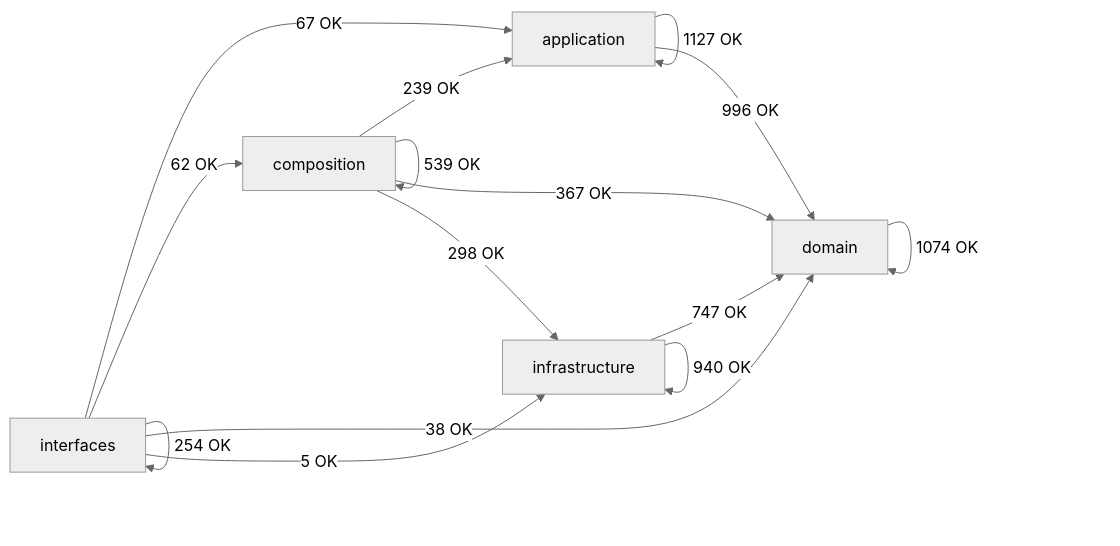
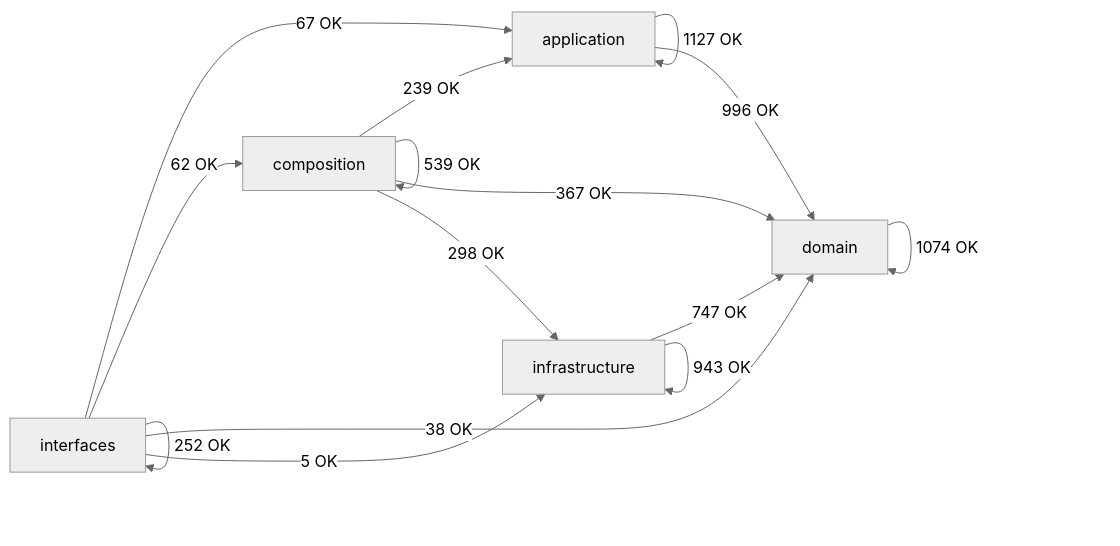
One commit to SatoryKono/BioactivityDataAcquisition changed the diagram in docs/02-architecture/generated/module-dependency-map.md. Above: the diagram before and after it, drawn with Mermaid (neutral theme). The commit also changed other lines of this file and 38 other files, not shown here.

````diff
--- a/docs/02-architecture/generated/module-dependency-map.md
+++ b/docs/02-architecture/generated/module-dependency-map.md
@@ -17,22 +17,22 @@
 ```mermaid
 flowchart LR
     domain[domain]
     application[application]
     infrastructure[infrastructure]
     composition[composition]
     interfaces[interfaces]
     application -->|1127 OK| application
     application -->|996 OK| domain
     composition -->|239 OK| application
     composition -->|539 OK| composition
     composition -->|367 OK| domain
     composition -->|298 OK| infrastructure
     domain -->|1074 OK| domain
     infrastructure -->|747 OK| domain
-    infrastructure -->|940 OK| infrastructure
+    infrastructure -->|943 OK| infrastructure
     interfaces -->|67 OK| application
     interfaces -->|62 OK| composition
     interfaces -->|38 OK| domain
     interfaces -->|5 OK| infrastructure
-    interfaces -->|254 OK| interfaces
+    interfaces -->|252 OK| interfaces
 ```
````
